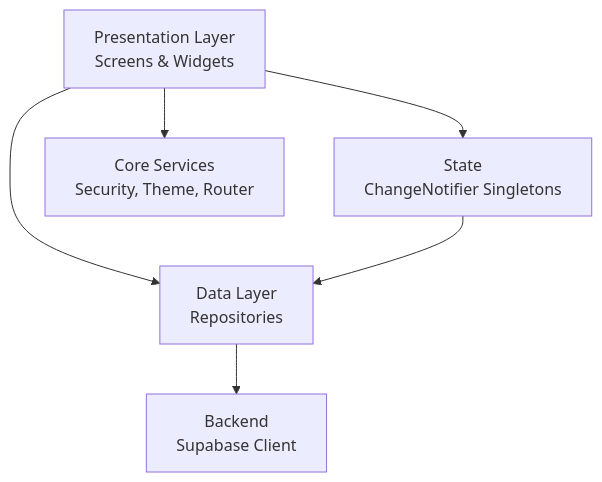
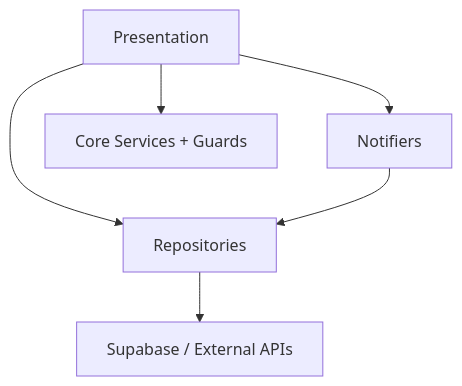
One commit to muhammadanas656/daktarpi changed the diagram in docs/01_architecture.md. Above: the diagram before and after it, drawn with Mermaid. The commit also changed other lines of this file and 72 other files, not shown here.

````diff
--- a/docs/01_architecture.md
+++ b/docs/01_architecture.md
@@ -49,8 +57,8 @@
 ```mermaid
 graph TD
-    A[Presentation Layer<br/>Screens & Widgets] --> B[Data Layer<br/>Repositories]
-    B --> C[Backend<br/>Supabase Client]
-    A --> D[State<br/>ChangeNotifier Singletons]
-    D --> B
-    A --> E[Core Services<br/>Security, Theme, Router]
+    UI[Presentation] --> N[Notifiers]
+    UI --> R[Repositories]
+    N --> R
+    R --> B[Supabase / External APIs]
+    UI --> C[Core Services + Guards]
 ```
````
